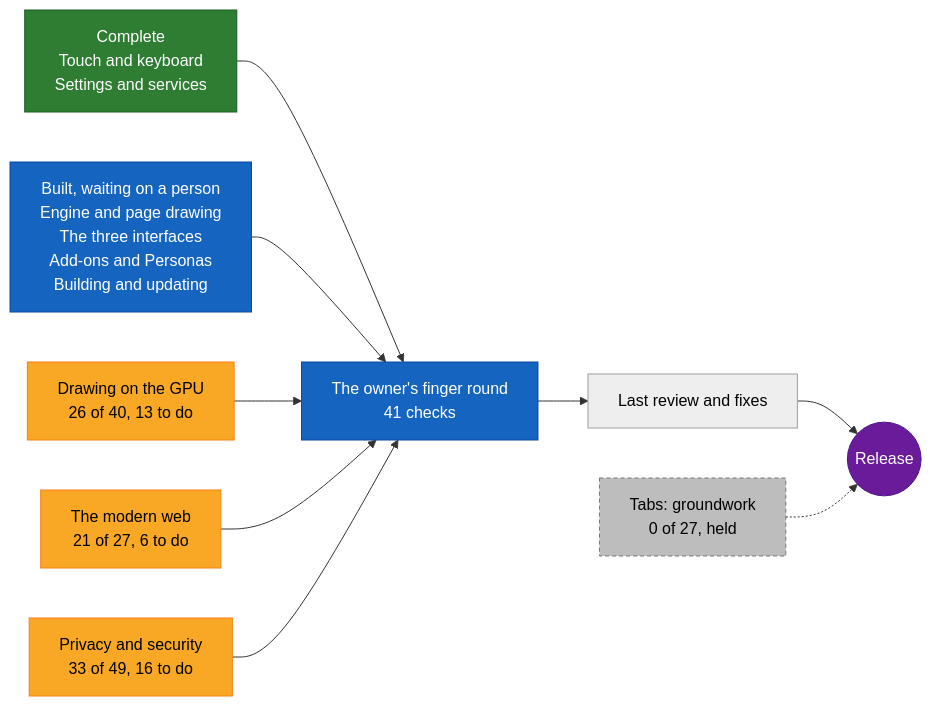
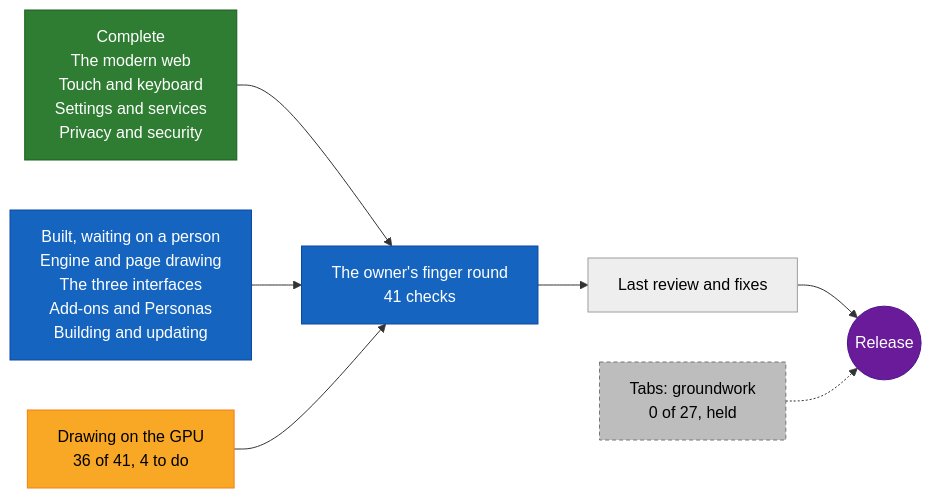
One commit to NotAlexNoyle/Jihad-Browser changed the diagram in README.md. Above: the diagram before and after it, drawn with Mermaid. The commit also changed other lines of this file and 135 other files, not shown here.

````diff
--- a/README.md
+++ b/README.md
@@ -62,25 +62,21 @@
 ```mermaid
 flowchart LR
-  nComplete["Complete<br/>Touch and keyboard<br/>Settings and services"]:::done
+  nComplete["Complete<br/>The modern web<br/>Touch and keyboard<br/>Settings and services<br/>Privacy and security"]:::done
   nWaiting["Built, waiting on a person<br/>Engine and page drawing<br/>The three interfaces<br/>Add-ons and Personas<br/>Building and updating"]:::owner
-  nWork0["Drawing on the GPU<br/>26 of 40, 13 to do"]:::doing
-  nWork1["The modern web<br/>21 of 27, 6 to do"]:::doing
-  nWork2["Privacy and security<br/>33 of 49, 16 to do"]:::doing
+  nWork0["Drawing on the GPU<br/>36 of 41, 4 to do"]:::doing
   nFinger["The owner's finger round<br/>41 checks"]:::owner
   nReview["Last review and fixes"]:::todo
   nRelease(("Release")):::goal
   nTabs["Tabs: groundwork<br/>0 of 27, held"]:::held
   nComplete --> nFinger
   nWaiting --> nFinger
   nWork0 --> nFinger
-  nWork1 --> nFinger
-  nWork2 --> nFinger
   nFinger --> nReview --> nRelease
   nTabs -.-> nRelease
   classDef done fill:#2e7d32,stroke:#1b5e20,color:#ffffff
   classDef doing fill:#f9a825,stroke:#f57f17,color:#000000
   classDef owner fill:#1565c0,stroke:#0d47a1,color:#ffffff
   classDef todo fill:#eeeeee,stroke:#9e9e9e,color:#000000
   classDef held fill:#bdbdbd,stroke:#757575,color:#000000,stroke-dasharray: 4 3
   classDef goal fill:#6a1b9a,stroke:#4a148c,color:#ffffff
 ```
````
